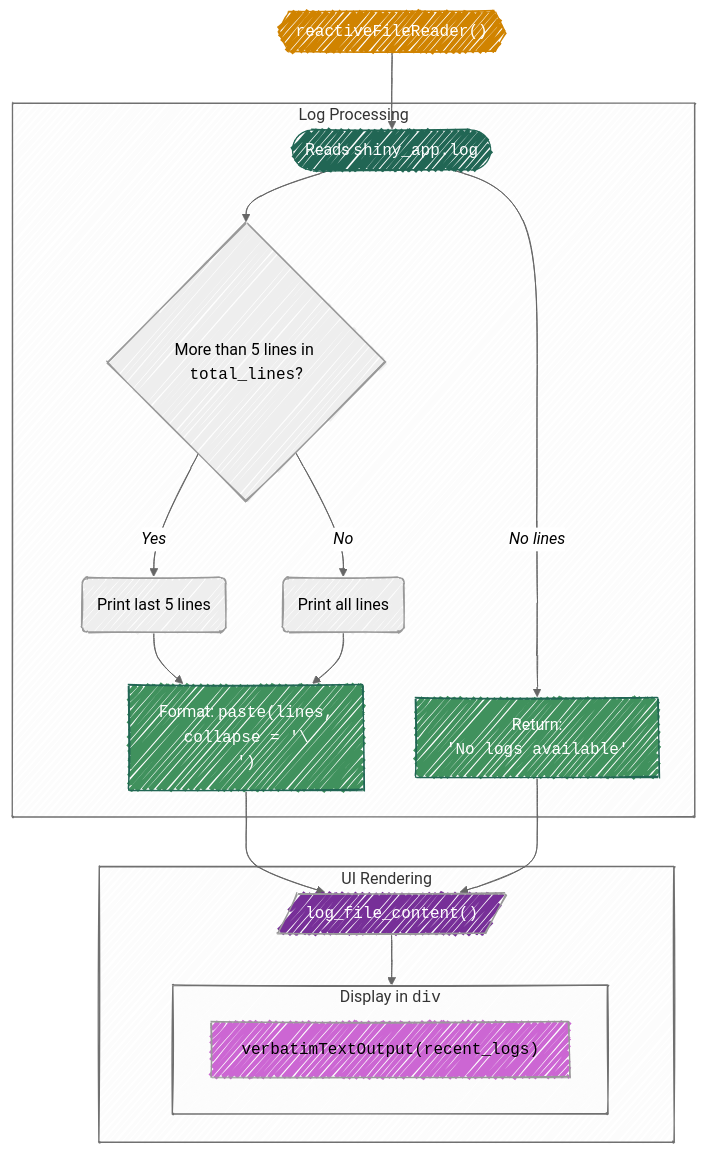
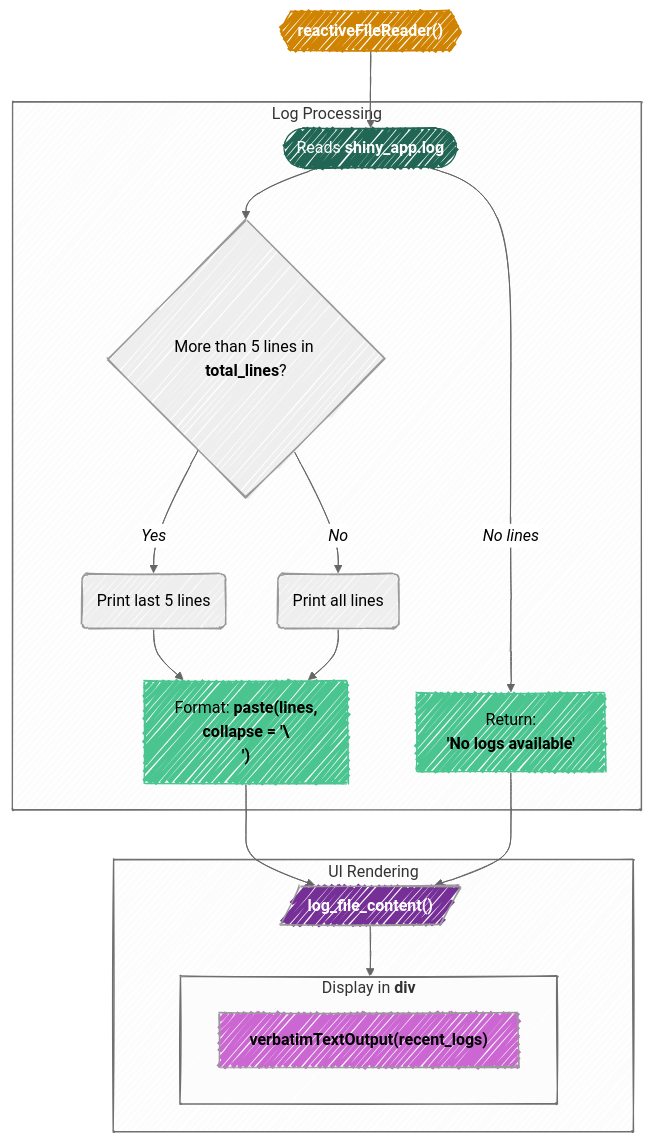
The third of 3 diagrams in app-log-r.qmd (mjfrigaard/do4ds-labs), drawn with Mermaid before and after one commit. The commit also changed other lines of this file and 38 other files, not shown here.

````diff
--- a/app-log-r.qmd
+++ b/app-log-r.qmd
@@ -606,47 +615,47 @@
 ```{mermaid}
 %%| fig-cap: 'Displaying logs'
 %%| fig-align: center
 %%| fig-width: 7.0
 %%{init: {'theme': 'neutral', 'look': 'handDrawn', 'themeVariables': { 'fontFamily': 'monospace'}}}%%
 
 flowchart TD
 
-  A{{"<code>reactiveFileReader()</code> "}}
+  A{{"<strong>reactiveFileReader()</strong> "}}
 
  subgraph LogProc["Log Processing"]
-        H(["Reads <code>shiny_app.log</code>"])
-        I{"More than 5 lines in <code>total_lines</code>?"}
+        H(["Reads <strong>shiny_app.log</strong>"])
+        I{"More than 5 lines in <strong>total_lines</strong>?"}
         J("Print last 5 lines")
         K("Print all lines")
-        L["Format: <code>paste(lines,</code><br><code>collapse = '\\n')</code>"]
-        M["Return:<br><code>'No logs available'</code>"]
+        L["Format: <strong>paste(lines,</strong><br><strong>collapse = '\\n')</strong>"]
+        M["Return:<br><strong>'No logs available'</strong>"]
   end
 
     A --> H
     H --> I
     I -- "<em>Yes</em" --> J
     I -- "<em>No</em>" --> K
     J --> L
     K --> L
     H -- "<em>No lines</em>"--> M
 
  subgraph UI["UI Rendering"]
-	 N[/"<code>log_file_content()</code>"/]
-	 subgraph P["Display in <code>div</code>"]
-		 O["<code>verbatimTextOutput(recent_logs)</code>"]
-	 end
+     N[/"<strong>log_file_content()</strong>"/]
+     subgraph P["Display in <strong>div</strong>"]
+         O["<strong>verbatimTextOutput(recent_logs)</strong>"]
+     end
   end
   
   L & M --> N
   N --> P
 
-  style A fill:#d08300,stroke:#d08300,color:#ffffff,rx:12,ry:12,text-align:center
-  style H fill:#216654,stroke:#216654,color:#ffffff,rx:12,ry:12,text-align:center
+  style A fill:#d08300,stroke:#d08300,color:#fff,rx:12,ry:12,text-align:center
+  style H fill:#216654,stroke:#216654,color:#fff,rx:12,ry:12,text-align:center
   
-  style L fill:#40915d,stroke:#216654,color:#ffffff,rx:12,ry:12
-  style M fill:#40915d,stroke:#216654,color:#ffffff,rx:12,ry:12
+  style L fill:#4ac590,stroke:#4ac590,color:#000,rx:12,ry:12
+  style M fill:#4ac590,stroke:#4ac590,color:#000,rx:12,ry:12
   
   style N fill:#772f98,color:#fff,text-align:center
-  style O fill:#cc66d3,color:000,text-align:center
+  style O fill:#cc66d3,color:#000,text-align:center
 
 ```
````
